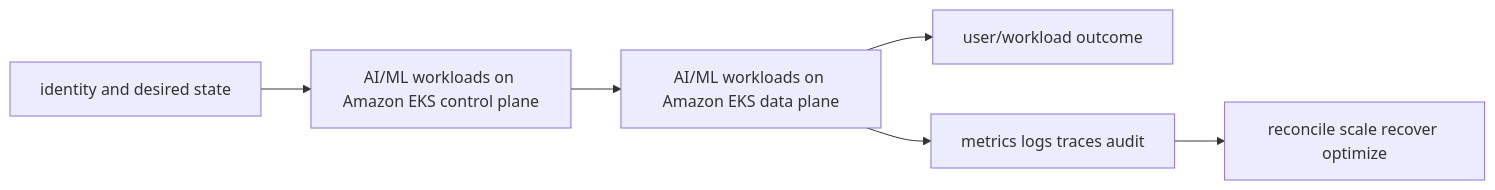
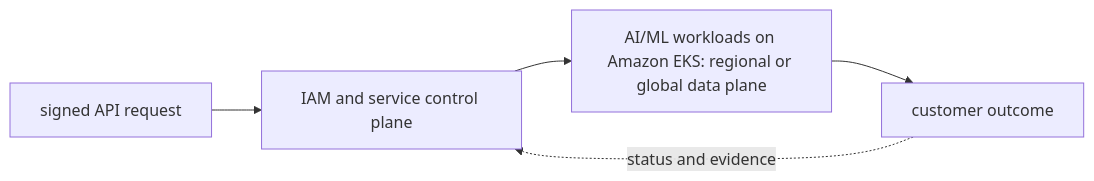
The diagram in 07-aws/11-ai-platform/03-eks-ai-inference/README.md (tomkidumbuyo/DevOps-interview-preparation), drawn with Mermaid before and after one commit. The commit also changed other lines of this file and 753 other files, not shown here.

````diff
--- a/07-aws/11-ai-platform/03-eks-ai-inference/README.md
+++ b/07-aws/11-ai-platform/03-eks-ai-inference/README.md
@@ -19,8 +31,7 @@
 ```mermaid
 flowchart LR
-  I[identity and desired state] --> C[AI/ML workloads on Amazon EKS control plane]
-  C --> D[AI/ML workloads on Amazon EKS data plane]
-  D --> U[user/workload outcome]
-  D --> O[metrics logs traces audit]
-  O --> R[reconcile scale recover optimize]
+  A["signed API request"] --> B["IAM and service control plane"]
+  B --> C["AI/ML workloads on Amazon EKS: regional or global data plane"]
+  C --> D["customer outcome"]
+  D -. "status and evidence" .-> B
 ```
````
